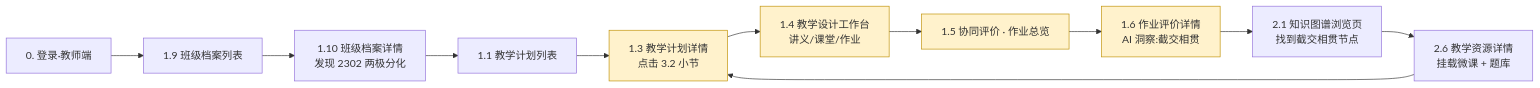
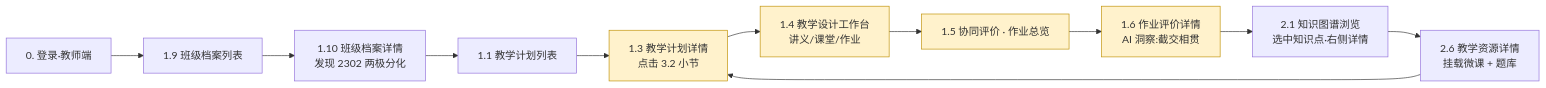
One commit to shaunliu222/gaojiao-demo-0526 changed the diagram in 产品名称：教学科研实训一体化平台/页面设计文档.md. Above: the diagram before and after it, drawn with Mermaid. The commit also changed other lines of this file and 32 other files, not shown here.

````diff
--- a/产品名称：教学科研实训一体化平台/页面设计文档.md
+++ b/产品名称：教学科研实训一体化平台/页面设计文档.md
@@ -58,18 +58,18 @@
 ```mermaid
 flowchart LR
   A0[0. 登录·教师端] --> A1[1.9 班级档案列表]
   A1 --> A2[1.10 班级档案详情<br/>发现 2302 两极分化]
   A2 --> B1[1.1 教学计划列表]
   B1 --> B2[1.3 教学计划详情<br/>点击 3.2 小节]
   B2 --> C1[1.4 教学设计工作台<br/>讲义/课堂/作业]
   C1 --> D1[1.5 协同评价 · 作业总览]
   D1 --> D2[1.6 作业评价详情<br/>AI 洞察:截交相贯]
-  D2 --> E1[2.1 知识图谱浏览页<br/>找到截交相贯节点]
+  D2 --> E1[2.1 知识图谱浏览<br/>选中知识点·右侧详情]
   E1 --> E2[2.6 教学资源详情<br/>挂载微课 + 题库]
   E2 --> B2
 
   style B2 fill:#fff2cc,stroke:#bf9000
   style C1 fill:#fff2cc,stroke:#bf9000
   style D1 fill:#fff2cc,stroke:#bf9000
   style D2 fill:#fff2cc,stroke:#bf9000
 ```
````
